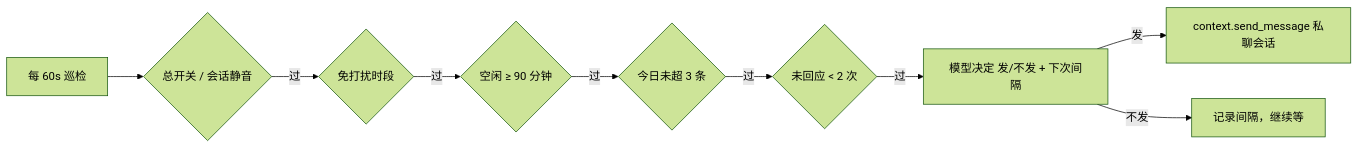
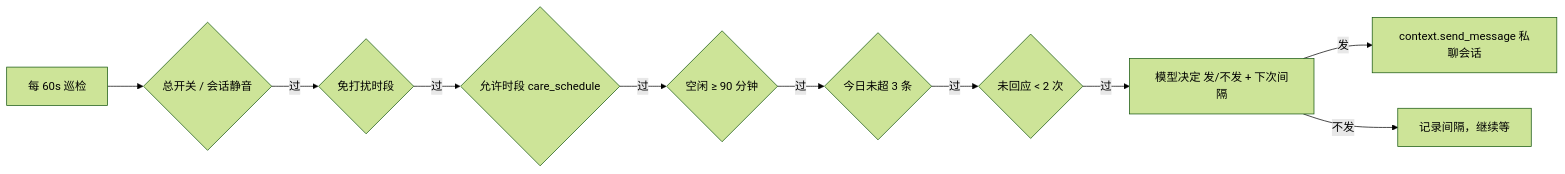
Before and after one commit to 1244p/astrbot_plugin_memory_evo: the third of 3 diagrams in README.md, drawn with Mermaid (forest theme). The commit also changed other lines of this file and 5 other files, not shown here.

First line of the commit message:
feat(v0.4.1): 主动开口支持允许时段白名单 care_schedule

````diff
--- a/README.md
+++ b/README.md
@@ -247,11 +248,12 @@
 ```mermaid
 flowchart LR
     T["每 60s 巡检"] --> A{"总开关 / 会话静音"}
     A -->|过| B{"免打扰时段"}
-    B -->|过| C{"空闲 ≥ 90 分钟"}
+    B -->|过| B2{"允许时段 care_schedule"}
+    B2 -->|过| C{"空闲 ≥ 90 分钟"}
     C -->|过| D{"今日未超 3 条"}
     D -->|过| E{"未回应 < 2 次"}
     E -->|过| F["模型决定 发/不发 + 下次间隔"]
     F -->|发| G["context.send_message 私聊会话"]
     F -->|不发| H["记录间隔，继续等"]
 ```
````
